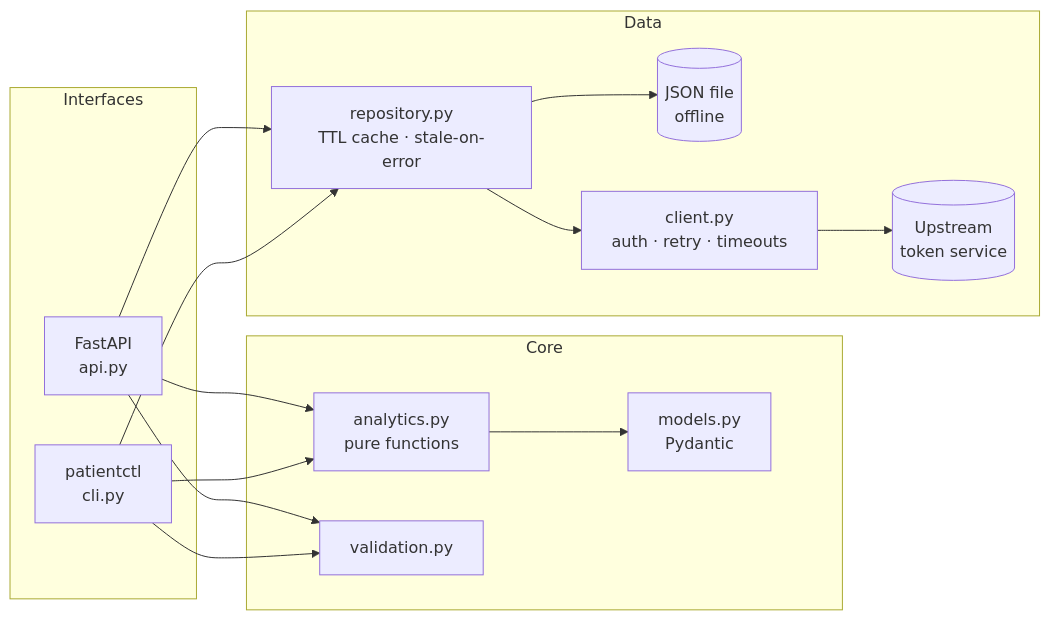
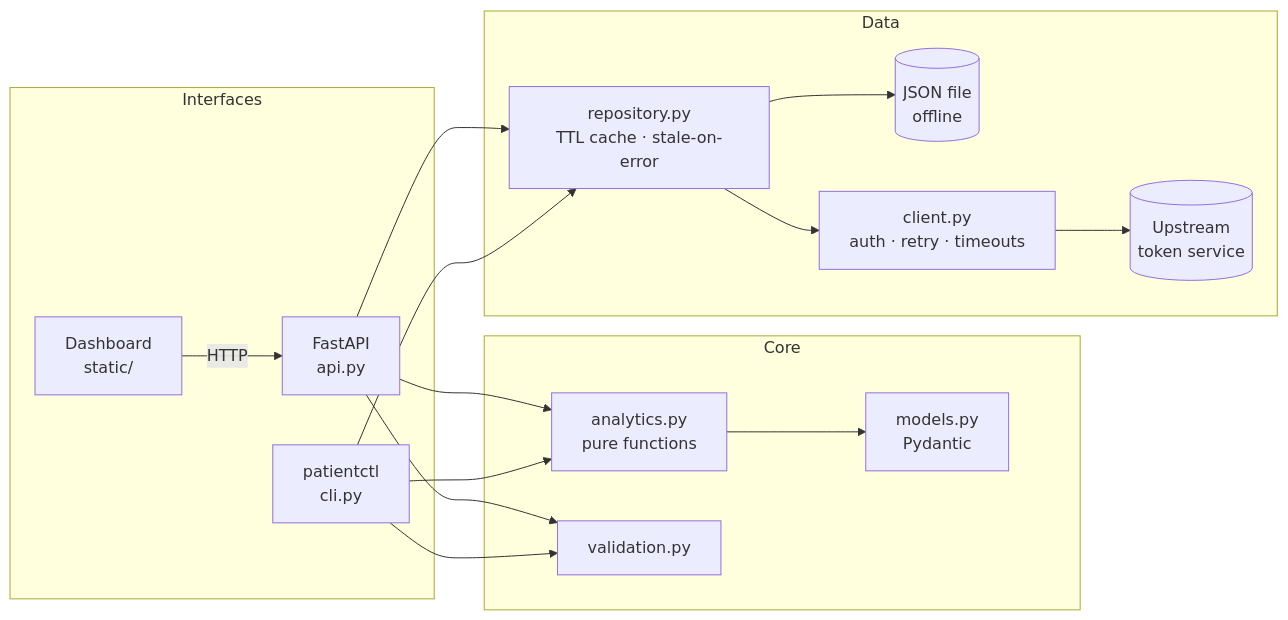
One commit to Sandeepsrinivasan-14/tessera changed the diagram in README.md. Above: the diagram before and after it, drawn with Mermaid. The commit also changed other lines of this file and 9 other files, not shown here.

````diff
--- a/README.md
+++ b/README.md
@@ -38,27 +65,29 @@
 ```mermaid
 flowchart LR
     subgraph Interfaces
+        UI["Dashboard<br/>static/"]
         API["FastAPI<br/>api.py"]
         CLI["patientctl<br/>cli.py"]
     end
     subgraph Core
         AN["analytics.py<br/>pure functions"]
         VAL["validation.py"]
         MOD["models.py<br/>Pydantic"]
     end
     subgraph Data
         REPO["repository.py<br/>TTL cache · stale-on-error"]
         FILE[("JSON file<br/>offline")]
         CLIENT["client.py<br/>auth · retry · timeouts"]
         UP[("Upstream<br/>token service")]
     end
+    UI -->|HTTP| API
     API --> AN
     CLI --> AN
     API --> VAL
     CLI --> VAL
     AN --> MOD
     API --> REPO
     CLI --> REPO
     REPO --> FILE
     REPO --> CLIENT --> UP
 ```
````
